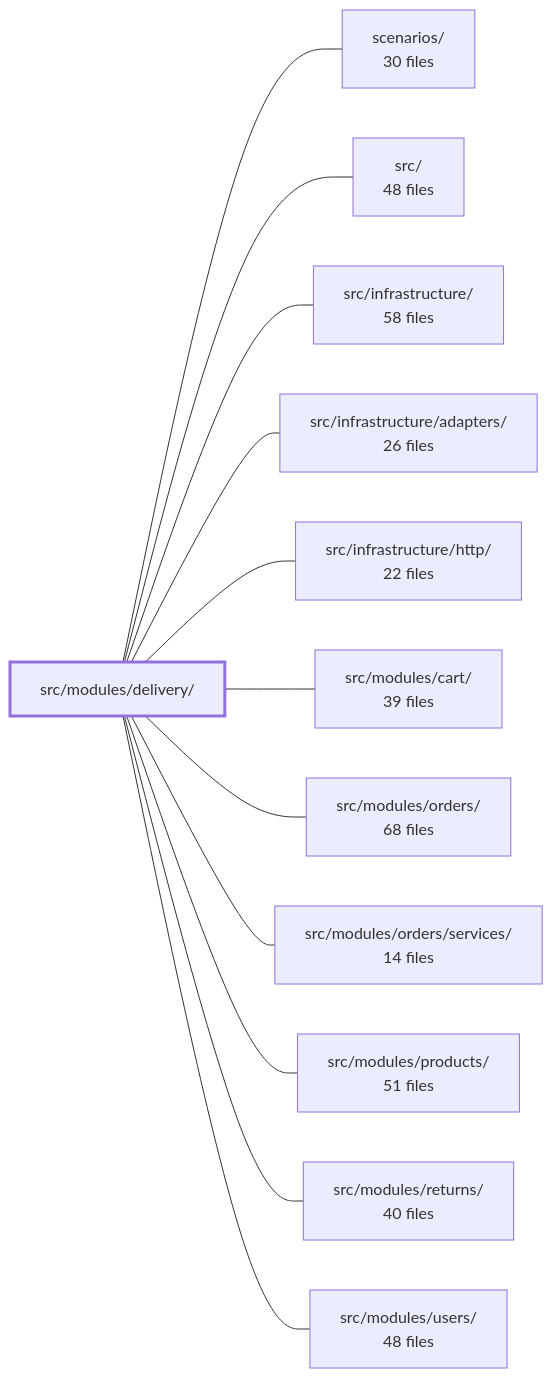
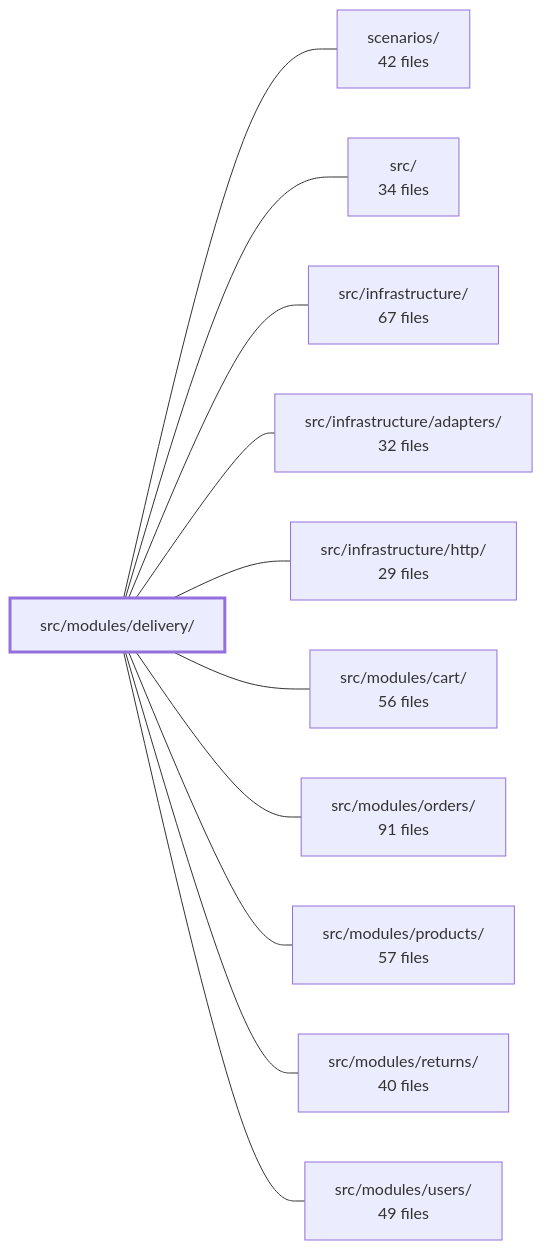
One commit to Guebbit/boilerplate-node-backend changed the diagram in .2brain/modules/boilerplate-node-backend_src_modules_delivery.md. Above: the diagram before and after it, drawn with Mermaid. The commit also changed other lines of this file and 106 other files, not shown here.

````diff
--- a/.2brain/modules/boilerplate-node-backend_src_modules_delivery.md
+++ b/.2brain/modules/boilerplate-node-backend_src_modules_delivery.md
@@ -42,27 +42,25 @@
 ```mermaid
 flowchart LR
     m_src_modules_delivery["src/modules/delivery/"]
-    m_scenarios["scenarios/<br/>30 files"]
-    m_src["src/<br/>48 files"]
-    m_src_infrastructure["src/infrastructure/<br/>58 files"]
-    m_src_infrastructure_adapters["src/infrastructure/adapters/<br/>26 files"]
-    m_src_infrastructure_http["src/infrastructure/http/<br/>22 files"]
-    m_src_modules_cart["src/modules/cart/<br/>39 files"]
-    m_src_modules_orders["src/modules/orders/<br/>68 files"]
-    m_src_modules_orders_services["src/modules/orders/services/<br/>14 files"]
-    m_src_modules_products["src/modules/products/<br/>51 files"]
+    m_scenarios["scenarios/<br/>42 files"]
+    m_src["src/<br/>34 files"]
+    m_src_infrastructure["src/infrastructure/<br/>67 files"]
+    m_src_infrastructure_adapters["src/infrastructure/adapters/<br/>32 files"]
+    m_src_infrastructure_http["src/infrastructure/http/<br/>29 files"]
+    m_src_modules_cart["src/modules/cart/<br/>56 files"]
+    m_src_modules_orders["src/modules/orders/<br/>91 files"]
+    m_src_modules_products["src/modules/products/<br/>57 files"]
     m_src_modules_returns["src/modules/returns/<br/>40 files"]
-    m_src_modules_users["src/modules/users/<br/>48 files"]
+    m_src_modules_users["src/modules/users/<br/>49 files"]
     m_src_modules_delivery --- m_scenarios
     m_src_modules_delivery --- m_src
     m_src_modules_delivery --- m_src_infrastructure
     m_src_modules_delivery --- m_src_infrastructure_adapters
     m_src_modules_delivery --- m_src_infrastructure_http
     m_src_modules_delivery --- m_src_modules_cart
     m_src_modules_delivery --- m_src_modules_orders
-    m_src_modules_delivery --- m_src_modules_orders_services
     m_src_modules_delivery --- m_src_modules_products
     m_src_modules_delivery --- m_src_modules_returns
     m_src_modules_delivery --- m_src_modules_users
     style m_src_modules_delivery stroke-width:3px
 ```
````
